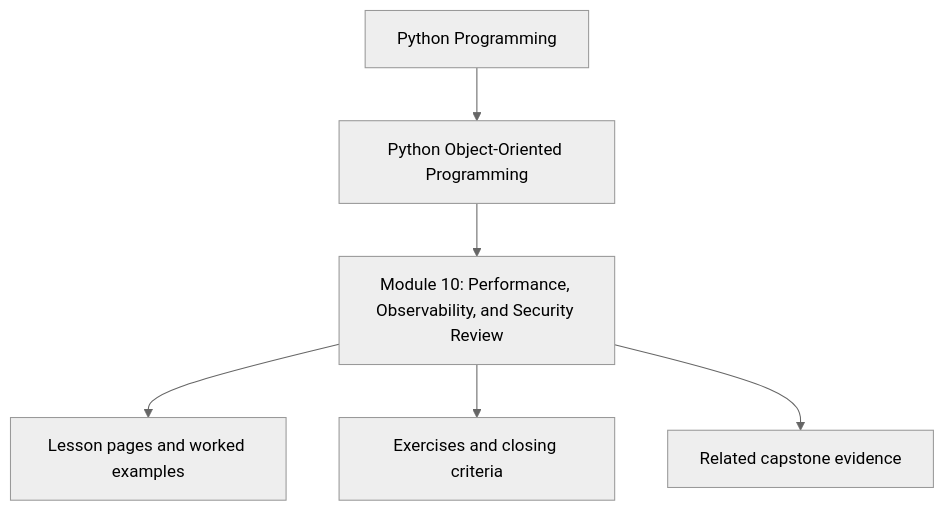
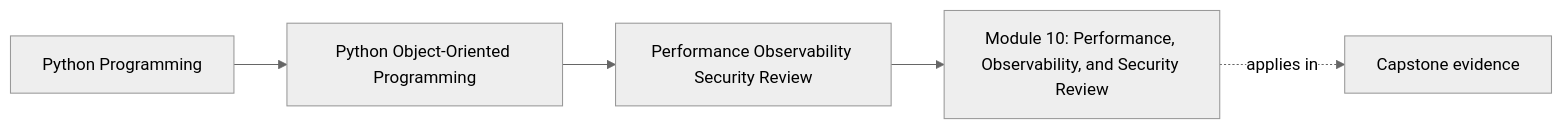
The first of 2 diagrams in programs/python-programming/python-object-oriented-programming/course-book/module-10-performance-observability-security-review/index.md (bijux/bijux-masterclass), drawn with Mermaid (neutral theme) before and after one commit. The commit also changed other lines of this file and 103 other files, not shown here.

Commit message:
docs(python-object-oriented-programming): map sustainment and capstone surfaces

````diff
--- a/programs/python-programming/python-object-oriented-programming/course-book/module-10-performance-observability-security-review/index.md
+++ b/programs/python-programming/python-object-oriented-programming/course-book/module-10-performance-observability-security-review/index.md
@@ -7,8 +7,11 @@
 ```mermaid
-flowchart TD
-  family["Python Programming"] --> program["Python Object-Oriented Programming"]
-  program --> module["Module 10: Performance, Observability, and Security Review"]
-  module --> lessons["Lesson pages and worked examples"]
-  module --> checkpoints["Exercises and closing criteria"]
-  module --> capstone["Related capstone evidence"]
+graph LR
+  family["Python Programming"]
+  program["Python Object-Oriented Programming"]
+  section["Performance Observability Security Review"]
+  page["Module 10: Performance, Observability, and Security Review"]
+  capstone["Capstone evidence"]
+
+  family --> program --> section --> page
+  page -.applies in.-> capstone
 ```
````
